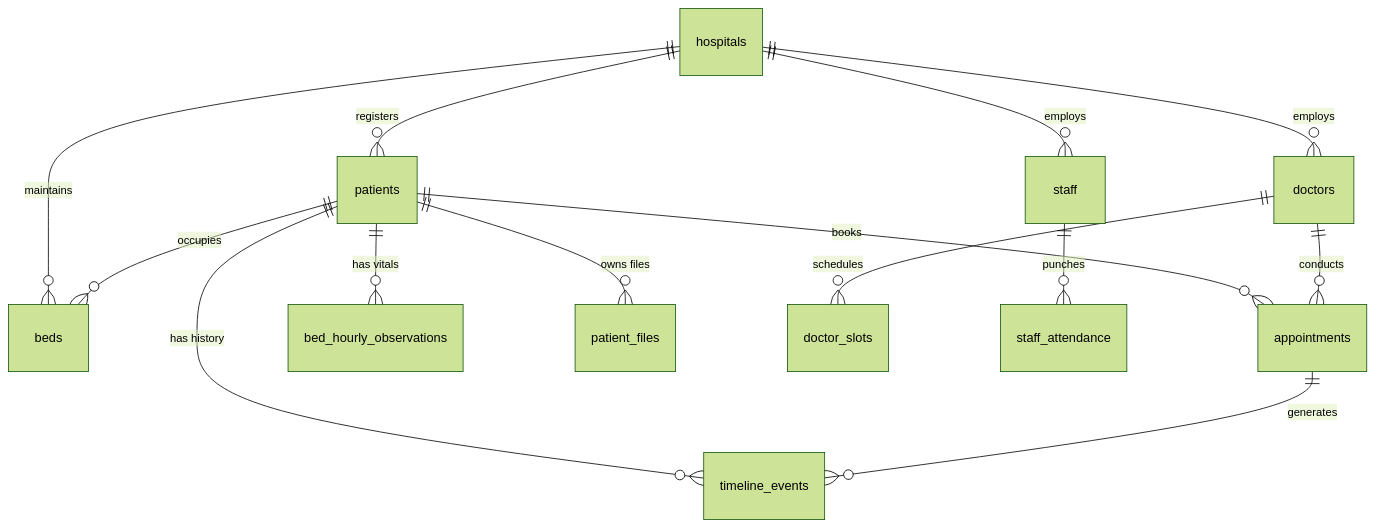
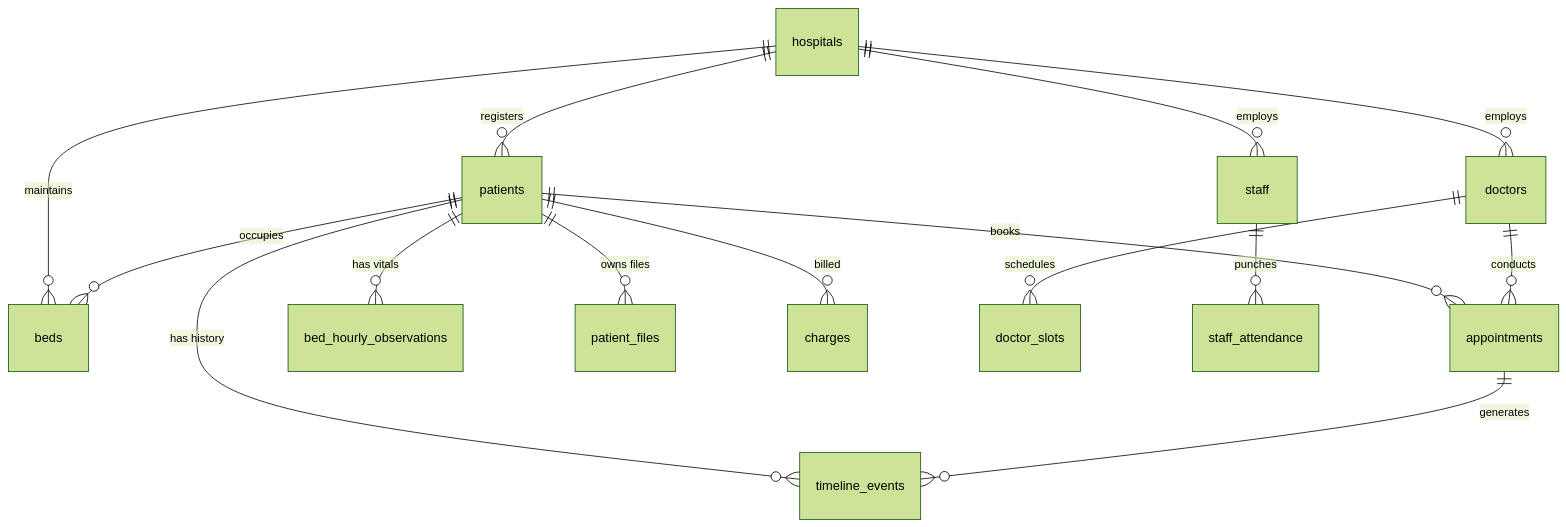
The tenth of 15 diagrams in README.md (PoojanPatel7/hospital_management_system_Project), drawn with Mermaid (forest theme) before and after one commit. The commit also changed other lines of this file, not shown here.

````diff
--- a/README.md
+++ b/README.md
@@ -390,20 +763,21 @@
 ```mermaid
 erDiagram
     hospitals ||--o{ patients : "registers"
     hospitals ||--o{ doctors : "employs"
     hospitals ||--o{ staff : "employs"
     hospitals ||--o{ beds : "maintains"
     
     patients ||--o{ appointments : "books"
     patients ||--o{ beds : "occupies"
     patients ||--o{ bed_hourly_observations : "has vitals"
     patients ||--o{ patient_files : "owns files"
     patients ||--o{ timeline_events : "has history"
+    patients ||--o{ charges : "billed"
     
     doctors ||--o{ appointments : "conducts"
     doctors ||--o{ doctor_slots : "schedules"
     
     staff ||--o{ staff_attendance : "punches"
     
     appointments ||--o{ timeline_events : "generates"
 ```
````
